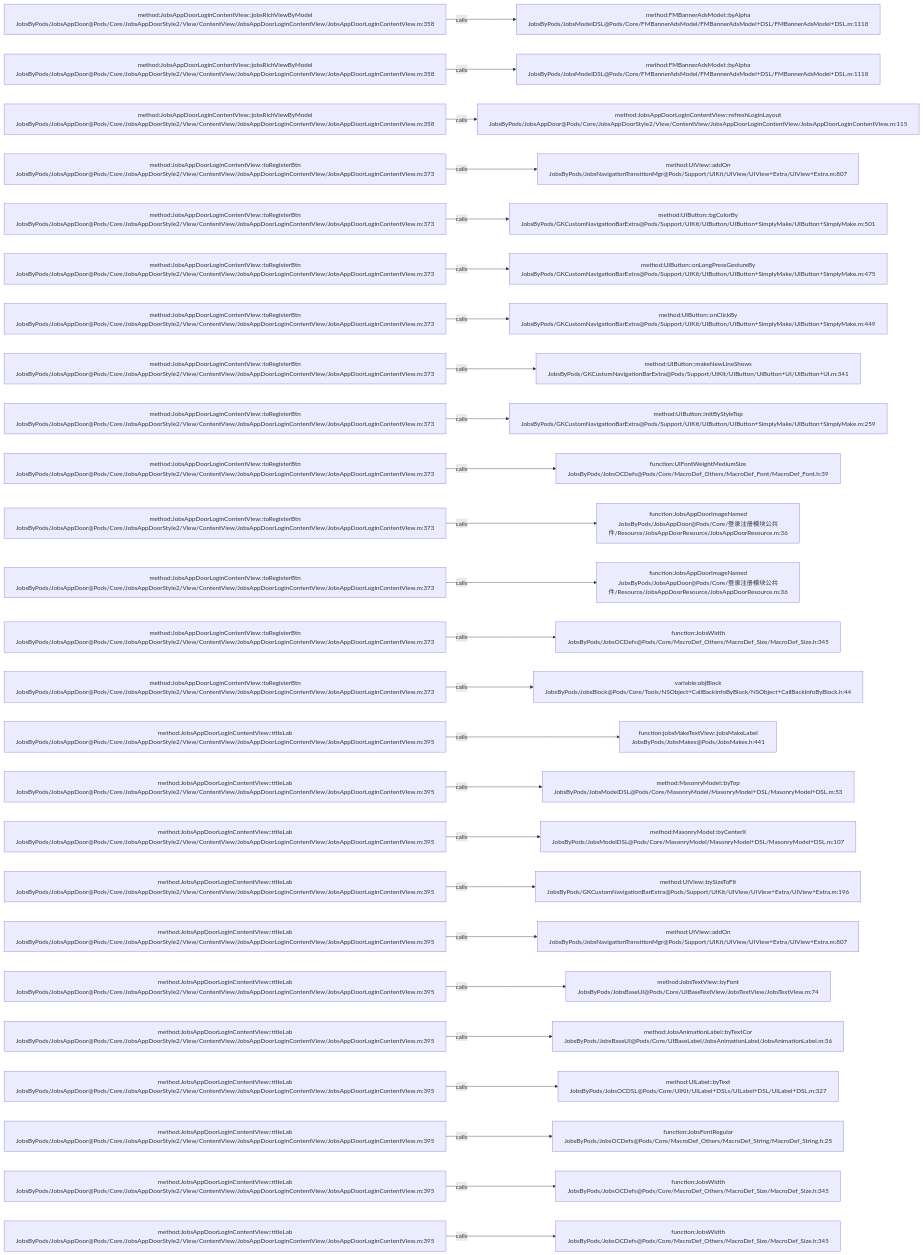
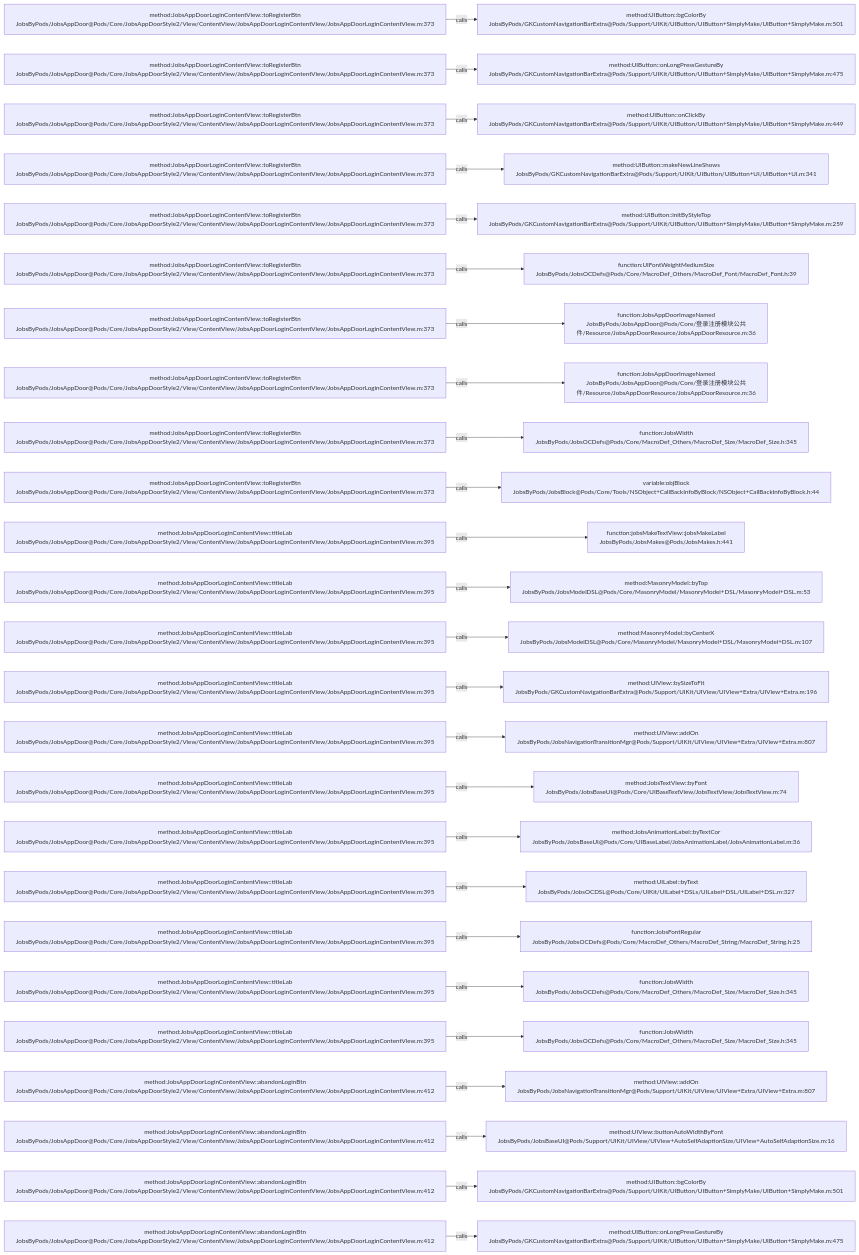
The diagram in .codegraph/codegraph.md/graphs/calls-121.md (JobsKits/JobsOCBaseConfigDemo), drawn with Mermaid before and after one commit. The commit also changed 116 other files, not shown here.

````diff
--- a/.codegraph/codegraph.md/graphs/calls-121.md
+++ b/.codegraph/codegraph.md/graphs/calls-121.md
@@ -13,78 +13,78 @@
 ```mermaid
 flowchart LR
-  S1["method:JobsAppDoorLoginContentView::jobsRichViewByModel<br/>JobsByPods/JobsAppDoor@Pods/Core/JobsAppDoorStyle2/View/ContentView/JobsAppDoorLoginContentView/JobsAppDoorLoginContentView.m:358"]
-  T1["method:FMBannerAdsModel::byAlpha<br/>JobsByPods/JobsModelDSL@Pods/Core/FMBannerAdsModel/FMBannerAdsModel+DSL/FMBannerAdsModel+DSL.m:1118"]
+  S1["method:JobsAppDoorLoginContentView::toRegisterBtn<br/>JobsByPods/JobsAppDoor@Pods/Core/JobsAppDoorStyle2/View/ContentView/JobsAppDoorLoginContentView/JobsAppDoorLoginContentView.m:373"]
+  T1["method:UIButton::bgColorBy<br/>JobsByPods/GKCustomNavigationBarExtra@Pods/Support/UIKit/UIButton/UIButton+SimplyMake/UIButton+SimplyMake.m:501"]
   S1 -->|calls| T1
-  S2["method:JobsAppDoorLoginContentView::jobsRichViewByModel<br/>JobsByPods/JobsAppDoor@Pods/Core/JobsAppDoorStyle2/View/ContentView/JobsAppDoorLoginContentView/JobsAppDoorLoginContentView.m:358"]
-  T2["method:FMBannerAdsModel::byAlpha<br/>JobsByPods/JobsModelDSL@Pods/Core/FMBannerAdsModel/FMBannerAdsModel+DSL/FMBannerAdsModel+DSL.m:1118"]
+  S2["method:JobsAppDoorLoginContentView::toRegisterBtn<br/>JobsByPods/JobsAppDoor@Pods/Core/JobsAppDoorStyle2/View/ContentView/JobsAppDoorLoginContentView/JobsAppDoorLoginContentView.m:373"]
+  T2["method:UIButton::onLongPressGestureBy<br/>JobsByPods/GKCustomNavigationBarExtra@Pods/Support/UIKit/UIButton/UIButton+SimplyMake/UIButton+SimplyMake.m:475"]
   S2 -->|calls| T2
-  S3["method:JobsAppDoorLoginContentView::jobsRichViewByModel<br/>JobsByPods/JobsAppDoor@Pods/Core/JobsAppDoorStyle2/View/ContentView/JobsAppDoorLoginContentView/JobsAppDoorLoginContentView.m:358"]
-  T3["method:JobsAppDoorLoginContentView::refreshLoginLayout<br/>JobsByPods/JobsAppDoor@Pods/Core/JobsAppDoorStyle2/View/ContentView/JobsAppDoorLoginContentView/JobsAppDoorLoginContentView.m:115"]
+  S3["method:JobsAppDoorLoginContentView::toRegisterBtn<br/>JobsByPods/JobsAppDoor@Pods/Core/JobsAppDoorStyle2/View/ContentView/JobsAppDoorLoginContentView/JobsAppDoorLoginContentView.m:373"]
+  T3["method:UIButton::onClickBy<br/>JobsByPods/GKCustomNavigationBarExtra@Pods/Support/UIKit/UIButton/UIButton+SimplyMake/UIButton+SimplyMake.m:449"]
   S3 -->|calls| T3
   S4["method:JobsAppDoorLoginContentView::toRegisterBtn<br/>JobsByPods/JobsAppDoor@Pods/Core/JobsAppDoorStyle2/View/ContentView/JobsAppDoorLoginContentView/JobsAppDoorLoginContentView.m:373"]
-  T4["method:UIView::addOn<br/>JobsByPods/JobsNavigationTransitionMgr@Pods/Support/UIKit/UIView/UIView+Extra/UIView+Extra.m:807"]
+  T4["method:UIButton::makeNewLineShows<br/>JobsByPods/GKCustomNavigationBarExtra@Pods/Support/UIKit/UIButton/UIButton+UI/UIButton+UI.m:341"]
   S4 -->|calls| T4
   S5["method:JobsAppDoorLoginContentView::toRegisterBtn<br/>JobsByPods/JobsAppDoor@Pods/Core/JobsAppDoorStyle2/View/ContentView/JobsAppDoorLoginContentView/JobsAppDoorLoginContentView.m:373"]
-  T5["method:UIButton::bgColorBy<br/>JobsByPods/GKCustomNavigationBarExtra@Pods/Support/UIKit/UIButton/UIButton+SimplyMake/UIButton+SimplyMake.m:501"]
+  T5["method:UIButton::initByStyleTop<br/>JobsByPods/GKCustomNavigationBarExtra@Pods/Support/UIKit/UIButton/UIButton+SimplyMake/UIButton+SimplyMake.m:259"]
   S5 -->|calls| T5
   S6["method:JobsAppDoorLoginContentView::toRegisterBtn<br/>JobsByPods/JobsAppDoor@Pods/Core/JobsAppDoorStyle2/View/ContentView/JobsAppDoorLoginContentView/JobsAppDoorLoginContentView.m:373"]
-  T6["method:UIButton::onLongPressGestureBy<br/>JobsByPods/GKCustomNavigationBarExtra@Pods/Support/UIKit/UIButton/UIButton+SimplyMake/UIButton+SimplyMake.m:475"]
+  T6["function:UIFontWeightMediumSize<br/>JobsByPods/JobsOCDefs@Pods/Core/MacroDef_Others/MacroDef_Font/MacroDef_Font.h:39"]
   S6 -->|calls| T6
   S7["method:JobsAppDoorLoginContentView::toRegisterBtn<br/>JobsByPods/JobsAppDoor@Pods/Core/JobsAppDoorStyle2/View/ContentView/JobsAppDoorLoginContentView/JobsAppDoorLoginContentView.m:373"]
-  T7["method:UIButton::onClickBy<br/>JobsByPods/GKCustomNavigationBarExtra@Pods/Support/UIKit/UIButton/UIButton+SimplyMake/UIButton+SimplyMake.m:449"]
+  T7["function:JobsAppDoorImageNamed<br/>JobsByPods/JobsAppDoor@Pods/Core/登录注册模块公共件/Resource/JobsAppDoorResource/JobsAppDoorResource.m:36"]
   S7 -->|calls| T7
   S8["method:JobsAppDoorLoginContentView::toRegisterBtn<br/>JobsByPods/JobsAppDoor@Pods/Core/JobsAppDoorStyle2/View/ContentView/JobsAppDoorLoginContentView/JobsAppDoorLoginContentView.m:373"]
-  T8["method:UIButton::makeNewLineShows<br/>JobsByPods/GKCustomNavigationBarExtra@Pods/Support/UIKit/UIButton/UIButton+UI/UIButton+UI.m:341"]
+  T8["function:JobsAppDoorImageNamed<br/>JobsByPods/JobsAppDoor@Pods/Core/登录注册模块公共件/Resource/JobsAppDoorResource/JobsAppDoorResource.m:36"]
   S8 -->|calls| T8
   S9["method:JobsAppDoorLoginContentView::toRegisterBtn<br/>JobsByPods/JobsAppDoor@Pods/Core/JobsAppDoorStyle2/View/ContentView/JobsAppDoorLoginContentView/JobsAppDoorLoginContentView.m:373"]
-  T9["method:UIButton::initByStyleTop<br/>JobsByPods/GKCustomNavigationBarExtra@Pods/Support/UIKit/UIButton/UIButton+SimplyMake/UIButton+SimplyMake.m:259"]
+  T9["function:JobsWidth<br/>JobsByPods/JobsOCDefs@Pods/Core/MacroDef_Others/MacroDef_Size/MacroDef_Size.h:345"]
   S9 -->|calls| T9
   S10["method:JobsAppDoorLoginContentView::toRegisterBtn<br/>JobsByPods/JobsAppDoor@Pods/Core/JobsAppDoorStyle2/View/ContentView/JobsAppDoorLoginContentView/JobsAppDoorLoginContentView.m:373"]
-  T10["function:UIFontWeightMediumSize<br/>JobsByPods/JobsOCDefs@Pods/Core/MacroDef_Others/MacroDef_Font/MacroDef_Font.h:39"]
+  T10["variable:objBlock<br/>JobsByPods/JobsBlock@Pods/Core/Tools/NSObject+CallBackInfoByBlock/NSObject+CallBackInfoByBlock.h:44"]
   S10 -->|calls| T10
-  S11["method:JobsAppDoorLoginContentView::toRegisterBtn<br/>JobsByPods/JobsAppDoor@Pods/Core/JobsAppDoorStyle2/View/ContentView/JobsAppDoorLoginContentView/JobsAppDoorLoginContentView.m:373"]
-  T11["function:JobsAppDoorImageNamed<br/>JobsByPods/JobsAppDoor@Pods/Core/登录注册模块公共件/Resource/JobsAppDoorResource/JobsAppDoorResource.m:36"]
+  S11["method:JobsAppDoorLoginContentView::titleLab<br/>JobsByPods/JobsAppDoor@Pods/Core/JobsAppDoorStyle2/View/ContentView/JobsAppDoorLoginContentView/JobsAppDoorLoginContentView.m:395"]
+  T11["function:jobsMakeTextView::jobsMakeLabel<br/>JobsByPods/JobsMakes@Pods/JobsMakes.h:441"]
   S11 -->|calls| T11
-  S12["method:JobsAppDoorLoginContentView::toRegisterBtn<br/>JobsByPods/JobsAppDoor@Pods/Core/JobsAppDoorStyle2/View/ContentView/JobsAppDoorLoginContentView/JobsAppDoorLoginContentView.m:373"]
-  T12["function:JobsAppDoorImageNamed<br/>JobsByPods/JobsAppDoor@Pods/Core/登录注册模块公共件/Resource/JobsAppDoorResource/JobsAppDoorResource.m:36"]
+  S12["method:JobsAppDoorLoginContentView::titleLab<br/>JobsByPods/JobsAppDoor@Pods/Core/JobsAppDoorStyle2/View/ContentView/JobsAppDoorLoginContentView/JobsAppDoorLoginContentView.m:395"]
+  T12["method:MasonryModel::byTop<br/>JobsByPods/JobsModelDSL@Pods/Core/MasonryModel/MasonryModel+DSL/MasonryModel+DSL.m:53"]
   S12 -->|calls| T12
-  S13["method:JobsAppDoorLoginContentView::toRegisterBtn<br/>JobsByPods/JobsAppDoor@Pods/Core/JobsAppDoorStyle2/View/ContentView/JobsAppDoorLoginContentView/JobsAppDoorLoginContentView.m:373"]
-  T13["function:JobsWidth<br/>JobsByPods/JobsOCDefs@Pods/Core/MacroDef_Others/MacroDef_Size/MacroDef_Size.h:345"]
+  S13["method:JobsAppDoorLoginContentView::titleLab<br/>JobsByPods/JobsAppDoor@Pods/Core/JobsAppDoorStyle2/View/ContentView/JobsAppDoorLoginContentView/JobsAppDoorLoginContentView.m:395"]
+  T13["method:MasonryModel::byCenterX<br/>JobsByPods/JobsModelDSL@Pods/Core/MasonryModel/MasonryModel+DSL/MasonryModel+DSL.m:107"]
   S13 -->|calls| T13
-  S14["method:JobsAppDoorLoginContentView::toRegisterBtn<br/>JobsByPods/JobsAppDoor@Pods/Core/JobsAppDoorStyle2/View/ContentView/JobsAppDoorLoginContentView/JobsAppDoorLoginContentView.m:373"]
-  T14["variable:objBlock<br/>JobsByPods/JobsBlock@Pods/Core/Tools/NSObject+CallBackInfoByBlock/NSObject+CallBackInfoByBlock.h:44"]
+  S14["method:JobsAppDoorLoginContentView::titleLab<br/>JobsByPods/JobsAppDoor@Pods/Core/JobsAppDoorStyle2/View/ContentView/JobsAppDoorLoginContentView/JobsAppDoorLoginContentView.m:395"]
+  T14["method:UIView::bySizeToFit<br/>JobsByPods/GKCustomNavigationBarExtra@Pods/Support/UIKit/UIView/UIView+Extra/UIView+Extra.m:196"]
   S14 -->|calls| T14
   S15["method:JobsAppDoorLoginContentView::titleLab<br/>JobsByPods/JobsAppDoor@Pods/Core/JobsAppDoorStyle2/View/ContentView/JobsAppDoorLoginContentView/JobsAppDoorLoginContentView.m:395"]
-  T15["function:jobsMakeTextView::jobsMakeLabel<br/>JobsByPods/JobsMakes@Pods/JobsMakes.h:441"]
+  T15["method:UIView::addOn<br/>JobsByPods/JobsNavigationTransitionMgr@Pods/Support/UIKit/UIView/UIView+Extra/UIView+Extra.m:807"]
   S15 -->|calls| T15
   S16["method:JobsAppDoorLoginContentView::titleLab<br/>JobsByPods/JobsAppDoor@Pods/Core/JobsAppDoorStyle2/View/ContentView/JobsAppDoorLoginContentView/JobsAppDoorLoginContentView.m:395"]
-  T16["method:MasonryModel::byTop<br/>JobsByPods/JobsModelDSL@Pods/Core/MasonryModel/MasonryModel+DSL/MasonryModel+DSL.m:53"]
+  T16["method:JobsTextView::byFont<br/>JobsByPods/JobsBaseUI@Pods/Core/UIBaseTextView/JobsTextView/JobsTextView.m:74"]
   S16 -->|calls| T16
   S17["method:JobsAppDoorLoginContentView::titleLab<br/>JobsByPods/JobsAppDoor@Pods/Core/JobsAppDoorStyle2/View/ContentView/JobsAppDoorLoginContentView/JobsAppDoorLoginContentView.m:395"]
-  T17["method:MasonryModel::byCenterX<br/>JobsByPods/JobsModelDSL@Pods/Core/MasonryModel/MasonryModel+DSL/MasonryModel+DSL.m:107"]
+  T17["method:JobsAnimationLabel::byTextCor<br/>JobsByPods/JobsBaseUI@Pods/Core/UIBaseLabel/JobsAnimationLabel/JobsAnimationLabel.m:36"]
   S17 -->|calls| T17
   S18["method:JobsAppDoorLoginContentView::titleLab<br/>JobsByPods/JobsAppDoor@Pods/Core/JobsAppDoorStyle2/View/ContentView/JobsAppDoorLoginContentView/JobsAppDoorLoginContentView.m:395"]
-  T18["method:UIView::bySizeToFit<br/>JobsByPods/GKCustomNavigationBarExtra@Pods/Support/UIKit/UIView/UIView+Extra/UIView+Extra.m:196"]
+  T18["method:UILabel::byText<br/>JobsByPods/JobsOCDSL@Pods/Core/UIKit/UILabel+DSLs/UILabel+DSL/UILabel+DSL.m:327"]
   S18 -->|calls| T18
   S19["method:JobsAppDoorLoginContentView::titleLab<br/>JobsByPods/JobsAppDoor@Pods/Core/JobsAppDoorStyle2/View/ContentView/JobsAppDoorLoginContentView/JobsAppDoorLoginContentView.m:395"]
-  T19["method:UIView::addOn<br/>JobsByPods/JobsNavigationTransitionMgr@Pods/Support/UIKit/UIView/UIView+Extra/UIView+Extra.m:807"]
+  T19["function:JobsFontRegular<br/>JobsByPods/JobsOCDefs@Pods/Core/MacroDef_Others/MacroDef_String/MacroDef_String.h:25"]
   S19 -->|calls| T19
   S20["method:JobsAppDoorLoginContentView::titleLab<br/>JobsByPods/JobsAppDoor@Pods/Core/JobsAppDoorStyle2/View/ContentView/JobsAppDoorLoginContentView/JobsAppDoorLoginContentView.m:395"]
-  T20["method:JobsTextView::byFont<br/>JobsByPods/JobsBaseUI@Pods/Core/UIBaseTextView/JobsTextView/JobsTextView.m:74"]
+  T20["function:JobsWidth<br/>JobsByPods/JobsOCDefs@Pods/Core/MacroDef_Others/MacroDef_Size/MacroDef_Size.h:345"]
   S20 -->|calls| T20
   S21["method:JobsAppDoorLoginContentView::titleLab<br/>JobsByPods/JobsAppDoor@Pods/Core/JobsAppDoorStyle2/View/ContentView/JobsAppDoorLoginContentView/JobsAppDoorLoginContentView.m:395"]
-  T21["method:JobsAnimationLabel::byTextCor<br/>JobsByPods/JobsBaseUI@Pods/Core/UIBaseLabel/JobsAnimationLabel/JobsAnimationLabel.m:36"]
+  T21["function:JobsWidth<br/>JobsByPods/JobsOCDefs@Pods/Core/MacroDef_Others/MacroDef_Size/MacroDef_Size.h:345"]
   S21 -->|calls| T21
-  S22["method:JobsAppDoorLoginContentView::titleLab<br/>JobsByPods/JobsAppDoor@Pods/Core/JobsAppDoorStyle2/View/ContentView/JobsAppDoorLoginContentView/JobsAppDoorLoginContentView.m:395"]
-  T22["method:UILabel::byText<br/>JobsByPods/JobsOCDSL@Pods/Core/UIKit/UILabel+DSLs/UILabel+DSL/UILabel+DSL.m:327"]
+  S22["method:JobsAppDoorLoginContentView::abandonLoginBtn<br/>JobsByPods/JobsAppDoor@Pods/Core/JobsAppDoorStyle2/View/ContentView/JobsAppDoorLoginContentView/JobsAppDoorLoginContentView.m:412"]
+  T22["method:UIView::addOn<br/>JobsByPods/JobsNavigationTransitionMgr@Pods/Support/UIKit/UIView/UIView+Extra/UIView+Extra.m:807"]
   S22 -->|calls| T22
-  S23["method:JobsAppDoorLoginContentView::titleLab<br/>JobsByPods/JobsAppDoor@Pods/Core/JobsAppDoorStyle2/View/ContentView/JobsAppDoorLoginContentView/JobsAppDoorLoginContentView.m:395"]
-  T23["function:JobsFontRegular<br/>JobsByPods/JobsOCDefs@Pods/Core/MacroDef_Others/MacroDef_String/MacroDef_String.h:25"]
+  S23["method:JobsAppDoorLoginContentView::abandonLoginBtn<br/>JobsByPods/JobsAppDoor@Pods/Core/JobsAppDoorStyle2/View/ContentView/JobsAppDoorLoginContentView/JobsAppDoorLoginContentView.m:412"]
+  T23["method:UIView::buttonAutoWidthByFont<br/>JobsByPods/JobsBaseUI@Pods/Support/UIKit/UIView/UIView+AutoSelfAdaptionSize/UIView+AutoSelfAdaptionSize.m:16"]
   S23 -->|calls| T23
-  S24["method:JobsAppDoorLoginContentView::titleLab<br/>JobsByPods/JobsAppDoor@Pods/Core/JobsAppDoorStyle2/View/ContentView/JobsAppDoorLoginContentView/JobsAppDoorLoginContentView.m:395"]
-  T24["function:JobsWidth<br/>JobsByPods/JobsOCDefs@Pods/Core/MacroDef_Others/MacroDef_Size/MacroDef_Size.h:345"]
+  S24["method:JobsAppDoorLoginContentView::abandonLoginBtn<br/>JobsByPods/JobsAppDoor@Pods/Core/JobsAppDoorStyle2/View/ContentView/JobsAppDoorLoginContentView/JobsAppDoorLoginContentView.m:412"]
+  T24["method:UIButton::bgColorBy<br/>JobsByPods/GKCustomNavigationBarExtra@Pods/Support/UIKit/UIButton/UIButton+SimplyMake/UIButton+SimplyMake.m:501"]
   S24 -->|calls| T24
-  S25["method:JobsAppDoorLoginContentView::titleLab<br/>JobsByPods/JobsAppDoor@Pods/Core/JobsAppDoorStyle2/View/ContentView/JobsAppDoorLoginContentView/JobsAppDoorLoginContentView.m:395"]
-  T25["function:JobsWidth<br/>JobsByPods/JobsOCDefs@Pods/Core/MacroDef_Others/MacroDef_Size/MacroDef_Size.h:345"]
+  S25["method:JobsAppDoorLoginContentView::abandonLoginBtn<br/>JobsByPods/JobsAppDoor@Pods/Core/JobsAppDoorStyle2/View/ContentView/JobsAppDoorLoginContentView/JobsAppDoorLoginContentView.m:412"]
+  T25["method:UIButton::onLongPressGestureBy<br/>JobsByPods/GKCustomNavigationBarExtra@Pods/Support/UIKit/UIButton/UIButton+SimplyMake/UIButton+SimplyMake.m:475"]
   S25 -->|calls| T25
 ```
````
